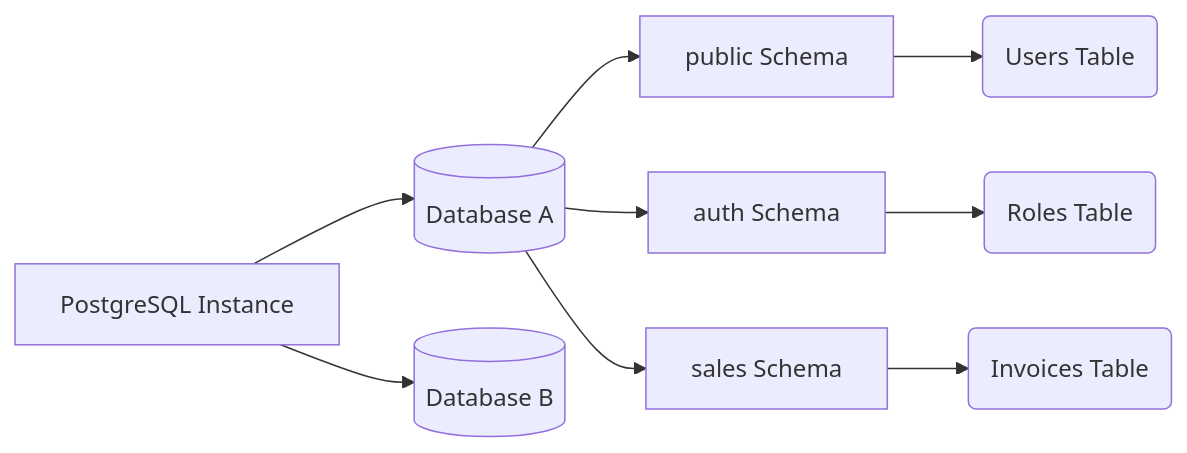
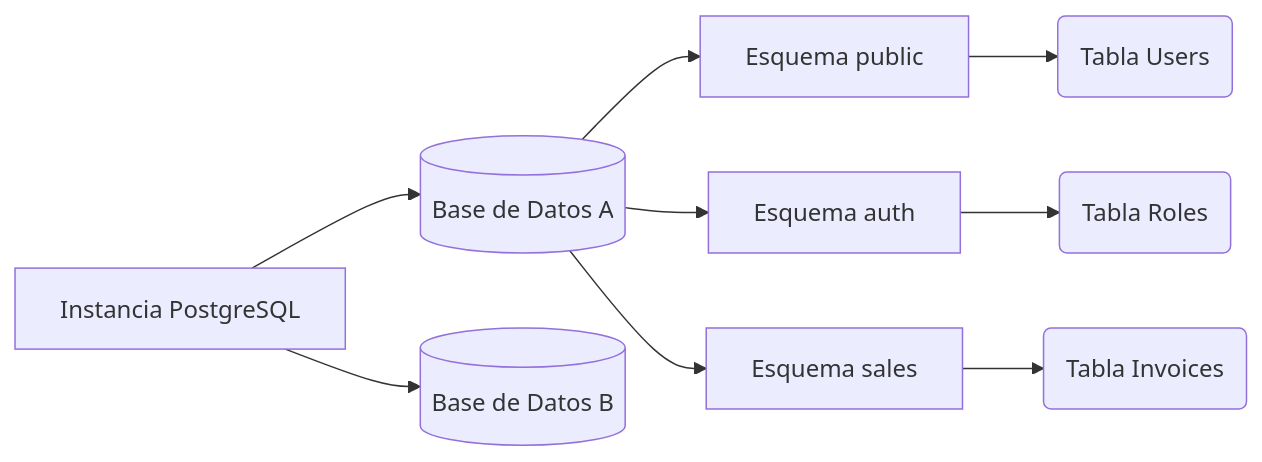
The first of 2 diagrams in public/docs/en/postgres_basico.md (gjpierp/nmergeia), drawn with Mermaid before and after one commit. The commit also changed other lines of this file and 518 other files, not shown here.

````diff
--- a/public/docs/en/postgres_basico.md
+++ b/public/docs/en/postgres_basico.md
@@ -9,13 +9,13 @@
 ```mermaid
 graph LR
-    Instance[PostgreSQL Instance] --> DB1[(Database A)]
-    Instance --> DB2[(Database B)]
+    Instancia[Instancia PostgreSQL] --> DB1[(Base de Datos A)]
+    Instancia --> DB2[(Base de Datos B)]
     
-    DB1 --> Public[public Schema]
-    DB1 --> Auth[auth Schema]
-    DB1 --> Sales[sales Schema]
+    DB1 --> Public[Esquema public]
+    DB1 --> Auth[Esquema auth]
+    DB1 --> Sales[Esquema sales]
     
-    Public --> T1(Users Table)
-    Auth --> T2(Roles Table)
-    Sales --> T3(Invoices Table)
+    Public --> T1(Tabla Users)
+    Auth --> T2(Tabla Roles)
+    Sales --> T3(Tabla Invoices)
 ```
````
